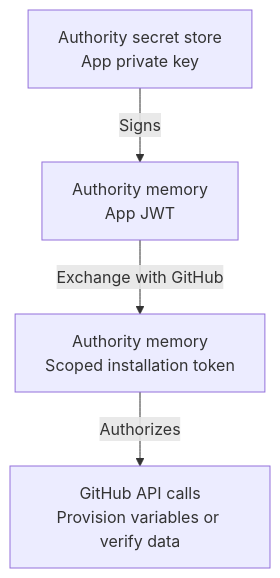
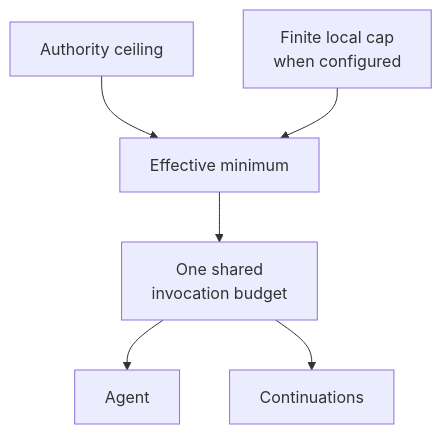
Before and after one commit to githubnext/gh-aw: the fifth of 5 diagrams in docs/src/content/docs/specs/admission-service-specification.md, drawn with Mermaid. The commit also changed other lines of this file, not shown here.

First line of the commit message:
docs: simplify admission specification diagrams

````diff
--- a/docs/src/content/docs/specs/admission-service-specification.md
+++ b/docs/src/content/docs/specs/admission-service-specification.md
@@ -204,10 +332,8 @@
 ```mermaid
 flowchart TD
-    K["Authority secret store<br/>App private key"]
-    J["Authority memory<br/>App JWT"]
-    T["Authority memory<br/>Scoped installation token"]
-    A["GitHub API calls<br/>Provision variables or verify data"]
-    K -->|"Signs"| J
-    J -->|"Exchange with GitHub"| T
-    T -->|"Authorizes"| A
+    S["Authority ceiling"] --> M["Effective minimum"]
+    L["Finite local cap<br/>when configured"] --> M
+    M --> B["One shared<br/>invocation budget"]
+    B --> A["Agent"]
+    B --> C["Continuations"]
 ```
````
